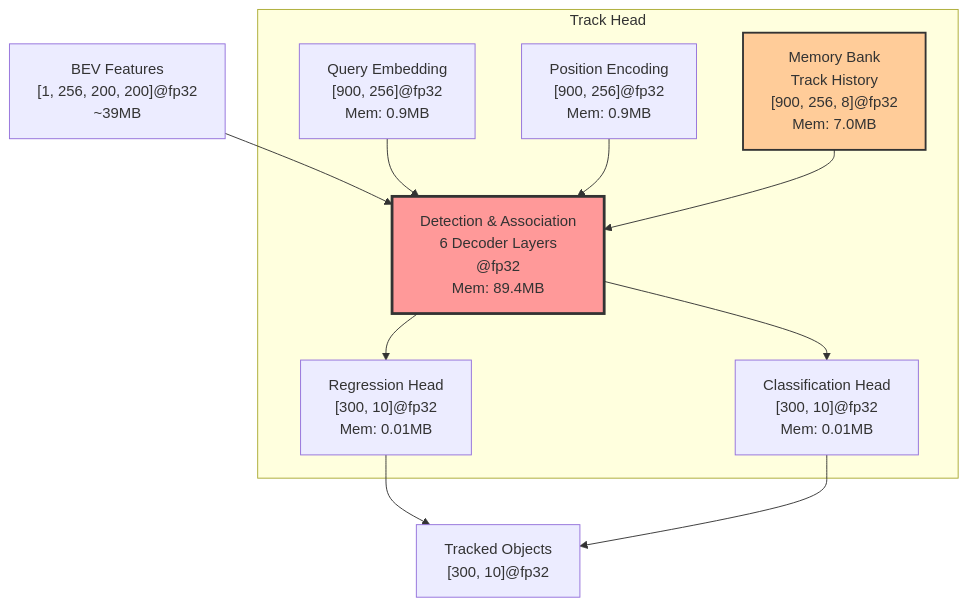
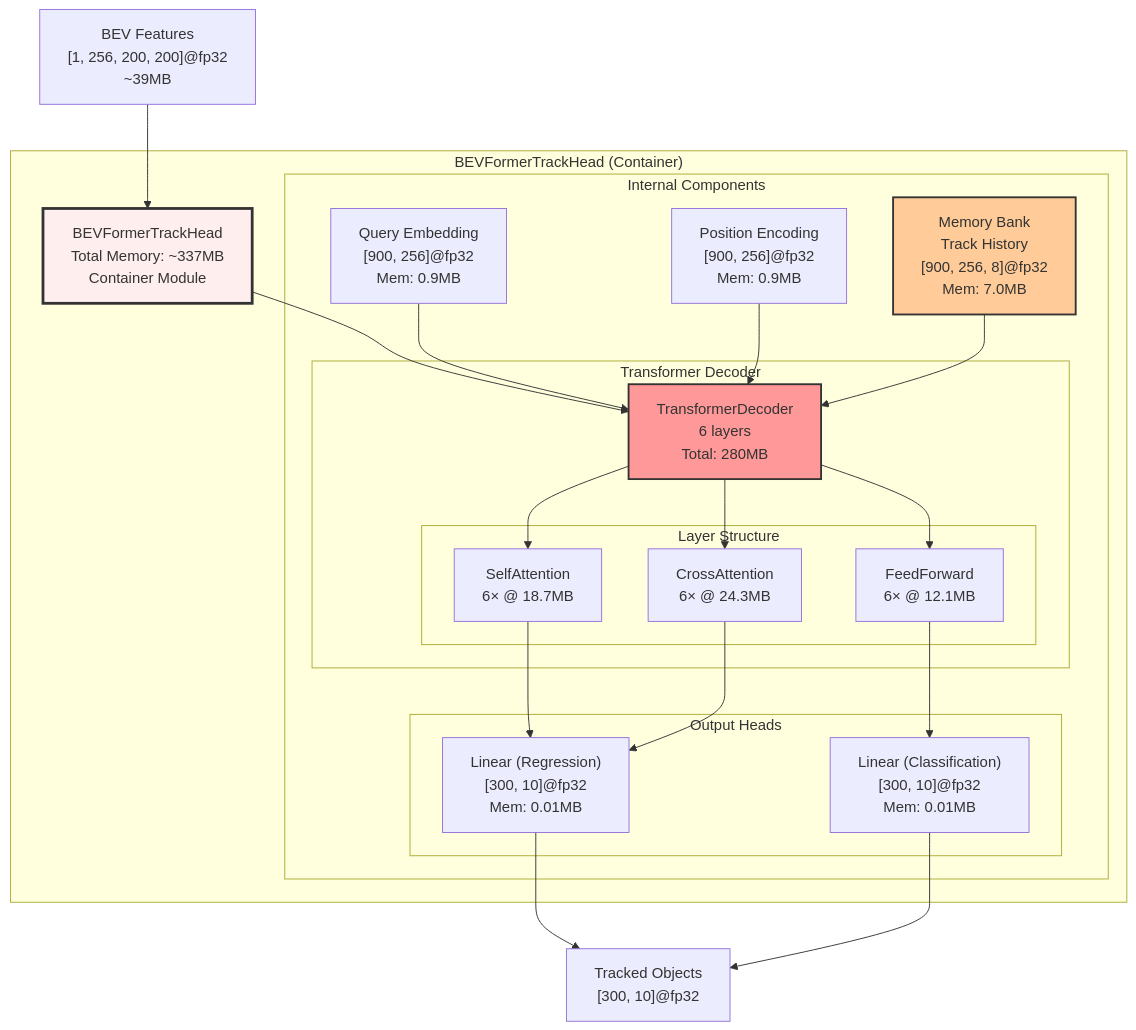
Before and after one commit to litanlitudan/UniAD: the first of 4 diagrams in tools/pytorch_op_tracer/reports/task_heads/track_head_report.md, drawn with Mermaid. The commit also changed other lines of this file and 4 other files, not shown here.

Commit message:
feat: enhance tracer.py and reports with hierarchical module structures and detailed memory analysis for improved clarity

````diff
--- a/tools/pytorch_op_tracer/reports/task_heads/track_head_report.md
+++ b/tools/pytorch_op_tracer/reports/task_heads/track_head_report.md
@@ -25,29 +25,49 @@
 ```mermaid
 graph TB
     BEV["BEV Features<br/>[1, 256, 200, 200]@fp32<br/>~39MB"]
     
-    subgraph "Track Head"
-        QE["Query Embedding<br/>[900, 256]@fp32<br/>Mem: 0.9MB"]
-        PE["Position Encoding<br/>[900, 256]@fp32<br/>Mem: 0.9MB"]
+    subgraph "BEVFormerTrackHead (Container)"
+        THC["BEVFormerTrackHead<br/>Total Memory: ~337MB<br/>Container Module"]
         
-        DA["Detection & Association<br/>6 Decoder Layers<br/>@fp32<br/>Mem: 89.4MB"]
-        
-        MB["Memory Bank<br/>Track History<br/>[900, 256, 8]@fp32<br/>Mem: 7.0MB"]
-        
-        Reg["Regression Head<br/>[300, 10]@fp32<br/>Mem: 0.01MB"]
-        Cls["Classification Head<br/>[300, 10]@fp32<br/>Mem: 0.01MB"]
+        subgraph "Internal Components"
+            QE["Query Embedding<br/>[900, 256]@fp32<br/>Mem: 0.9MB"]
+            PE["Position Encoding<br/>[900, 256]@fp32<br/>Mem: 0.9MB"]
+            
+            subgraph "Transformer Decoder"
+                TD["TransformerDecoder<br/>6 layers<br/>Total: 280MB"]
+                
+                subgraph "Layer Structure"
+                    SA["SelfAttention<br/>6× @ 18.7MB"]
+                    CA["CrossAttention<br/>6× @ 24.3MB"]
+                    FFN["FeedForward<br/>6× @ 12.1MB"]
+                end
+            end
+            
+            MB["Memory Bank<br/>Track History<br/>[900, 256, 8]@fp32<br/>Mem: 7.0MB"]
+            
+            subgraph "Output Heads"
+                Reg["Linear (Regression)<br/>[300, 10]@fp32<br/>Mem: 0.01MB"]
+                Cls["Linear (Classification)<br/>[300, 10]@fp32<br/>Mem: 0.01MB"]
+            end
+        end
     end
     
-    BEV --> DA
-    QE --> DA
-    PE --> DA
-    MB --> DA
-    DA --> Reg
-    DA --> Cls
+    BEV --> THC
+    THC --> TD
+    QE --> TD
+    PE --> TD
+    MB --> TD
+    TD --> SA
+    TD --> CA
+    TD --> FFN
+    SA --> Reg
+    CA --> Reg
+    FFN --> Cls
     
     Reg --> Output["Tracked Objects<br/>[300, 10]@fp32"]
     Cls --> Output
     
-    style DA fill:#ff9999,stroke:#333,stroke-width:3px
+    style THC fill:#ffeeee,stroke:#333,stroke-width:3px
+    style TD fill:#ff9999,stroke:#333,stroke-width:2px
     style MB fill:#ffcc99,stroke:#333,stroke-width:2px
 ```
````
